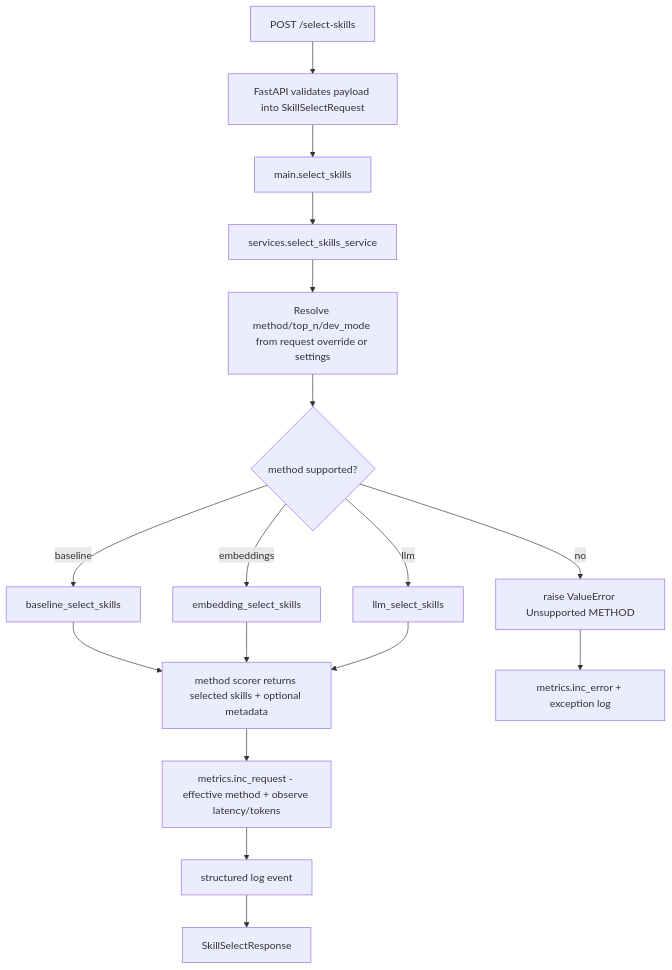
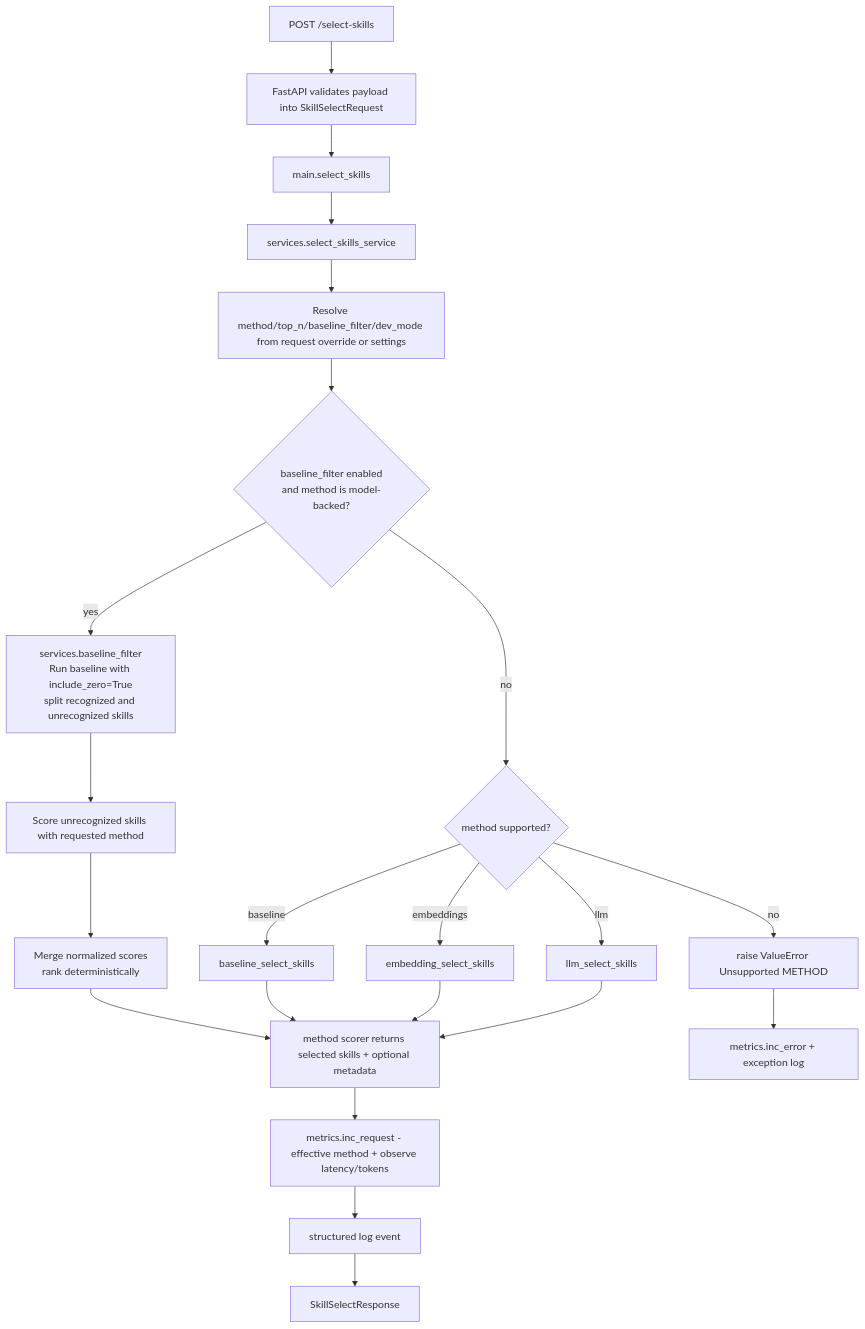
One commit to namerror/JobForge changed the diagram in docs/architecture-overview.md. Above: the diagram before and after it, drawn with Mermaid. The commit also changed other lines of this file and 6 other files, not shown here.

Commit message:
Update docs: baseline filter skill selection

````diff
--- a/docs/architecture-overview.md
+++ b/docs/architecture-overview.md
@@ -55,19 +63,24 @@
 ```mermaid
 flowchart TD
     A[POST /select-skills] --> B[FastAPI validates payload into SkillSelectRequest]
     B --> C[main.select_skills]
     C --> D[services.select_skills_service]
-    D --> E[Resolve method/top_n/dev_mode from request override or settings]
-    E --> G{method supported?}
+    D --> E[Resolve method/top_n/baseline_filter/dev_mode from request override or settings]
+    E --> F{baseline_filter enabled<br>and method is model-backed?}
+    F -- yes --> K[services.baseline_filter<br>Run baseline with include_zero=True<br>split recognized and unrecognized skills]
+    K --> L[Score unrecognized skills with requested method]
+    L --> M[Merge normalized scores<br>rank deterministically]
+    F -- no --> G{method supported?}
+    M --> J
     G -- no --> H[raise ValueError Unsupported METHOD]
     G -- baseline --> I[baseline_select_skills]
     G -- embeddings --> U[embedding_select_skills]
     G -- llm --> V[llm_select_skills]
     I --> J[method scorer returns selected skills + optional metadata]
     U --> J
     V --> J
     J --> Q[metrics.inc_request - effective method + observe latency/tokens]
     Q --> R[structured log event]
     R --> S[SkillSelectResponse]
     H --> T[metrics.inc_error + exception log]
 ```
````
